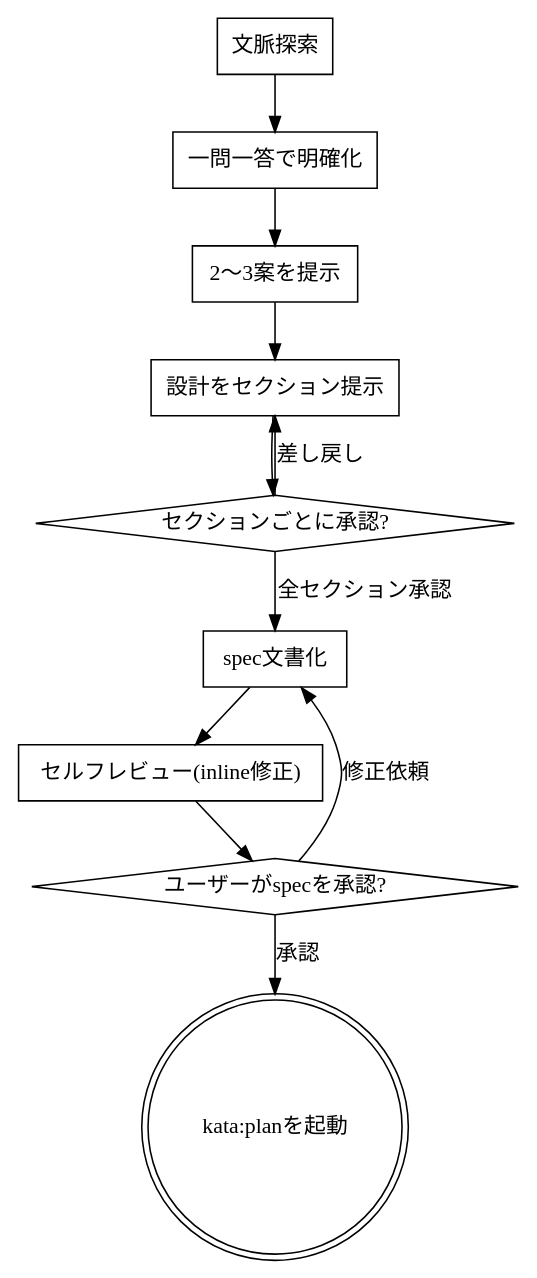
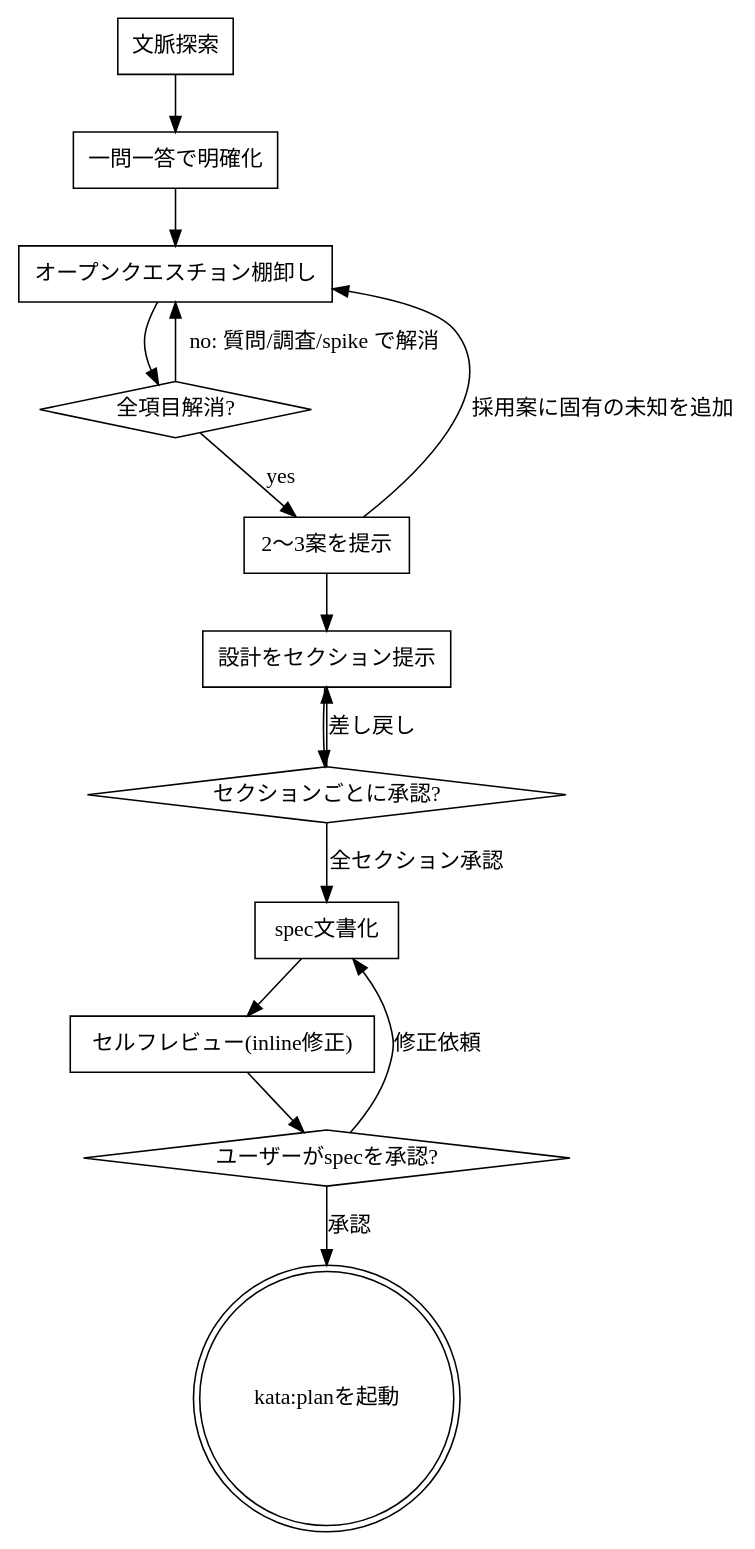
The diagram in plugins/kata/skills/design/SKILL.md (swallowarc/swallowarc-ai-plugins), drawn with Graphviz before and after one commit. The commit also changed other lines of this file, not shown here.

````diff
--- a/plugins/kata/skills/design/SKILL.md
+++ b/plugins/kata/skills/design/SKILL.md
@@ -54,24 +58,30 @@
 ```dot
 digraph design_flow {
     "文脈探索" [shape=box];
     "一問一答で明確化" [shape=box];
+    "オープンクエスチョン棚卸し" [shape=box];
+    "全項目解消?" [shape=diamond];
     "2〜3案を提示" [shape=box];
     "設計をセクション提示" [shape=box];
     "セクションごとに承認?" [shape=diamond];
     "spec文書化" [shape=box];
     "セルフレビュー(inline修正)" [shape=box];
     "ユーザーがspecを承認?" [shape=diamond];
     "kata:planを起動" [shape=doublecircle];
 
     "文脈探索" -> "一問一答で明確化";
-    "一問一答で明確化" -> "2〜3案を提示";
+    "一問一答で明確化" -> "オープンクエスチョン棚卸し";
+    "オープンクエスチョン棚卸し" -> "全項目解消?";
+    "全項目解消?" -> "オープンクエスチョン棚卸し" [label="no: 質問/調査/spike で解消"];
+    "全項目解消?" -> "2〜3案を提示" [label="yes"];
+    "2〜3案を提示" -> "オープンクエスチョン棚卸し" [label="採用案に固有の未知を追加"];
     "2〜3案を提示" -> "設計をセクション提示";
     "設計をセクション提示" -> "セクションごとに承認?";
     "セクションごとに承認?" -> "設計をセクション提示" [label="差し戻し"];
     "セクションごとに承認?" -> "spec文書化" [label="全セクション承認"];
     "spec文書化" -> "セルフレビュー(inline修正)";
     "セルフレビュー(inline修正)" -> "ユーザーがspecを承認?";
     "ユーザーがspecを承認?" -> "spec文書化" [label="修正依頼"];
     "ユーザーがspecを承認?" -> "kata:planを起動" [label="承認"];
 }
 ```
````
